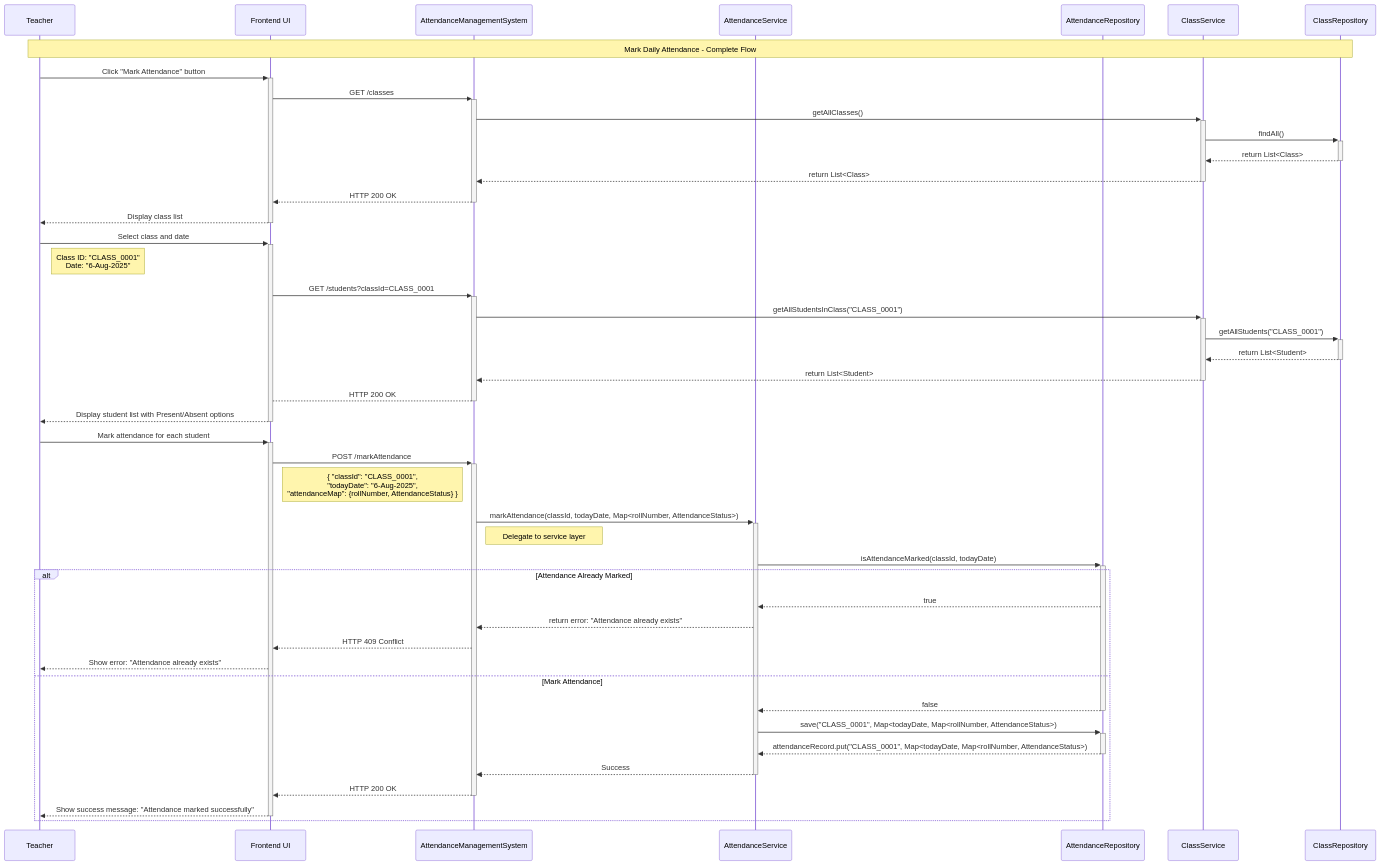
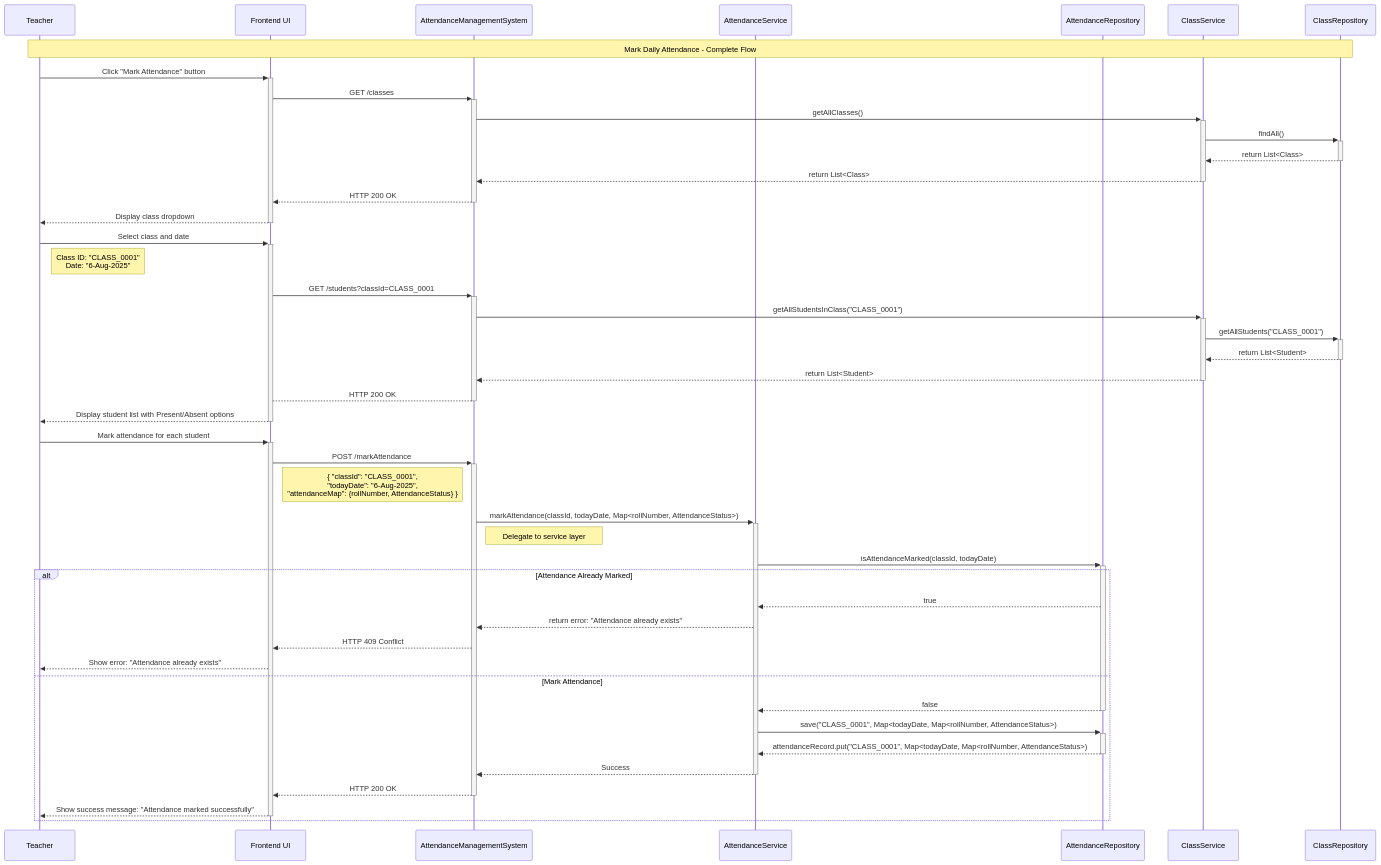
The third of 4 diagrams in Backend Engineering/Case Studies/Case Study 1. Attendance Management System/2. Sequence Flow.md (NishchayAnand/software-engineering), drawn with Mermaid before and after one commit. The commit also changed other lines of this file, not shown here.

Commit message:
done understanding sequence flow of every use case of attendance management system

````diff
--- a/Backend Engineering/Case Studies/Case Study 1. Attendance Management System/2. Sequence Flow.md
+++ b/Backend Engineering/Case Studies/Case Study 1. Attendance Management System/2. Sequence Flow.md
@@ -141,52 +141,52 @@
 ```mermaid
 sequenceDiagram
 	participant T as Teacher
 	participant UI as Frontend UI
 	participant AMS as AttendanceManagementSystem
 	participant AS as AttendanceService
 	participant AR as AttendanceRepository
 	participant CS as ClassService
 	participant CR as ClassRepository
 
 	Note over T, CR: Mark Daily Attendance - Complete Flow
 
 	T->>+UI: Click "Mark Attendance" button
 	UI->>+AMS: GET /classes
 	AMS->>+CS: getAllClasses()
 	CS->>+CR: findAll()
 	CR-->>-CS: return List<Class>
 	CS-->>-AMS: return List<Class>
 	AMS-->>-UI: HTTP 200 OK
-	UI-->>-T: Display class list
+	UI-->>-T: Display class dropdown
 
 	T->>+UI: Select class and date
 	Note right of T: Class ID: "CLASS_0001" <br/> Date: "6-Aug-2025"
 	UI->>+AMS: GET /students?classId=CLASS_0001
 	AMS->>+CS: getAllStudentsInClass("CLASS_0001")
 	CS->>+CR: getAllStudents("CLASS_0001")
 	CR-->>-CS: return List<Student>
 	CS-->>-AMS: return List<Student>
 	AMS-->-UI: HTTP 200 OK
 	UI-->>-T: Display student list with Present/Absent options
 
 	T->>+UI: Mark attendance for each student
 	UI->>+AMS: POST /markAttendance
 	Note right of UI: { "classId": "CLASS_0001", <br/> "todayDate": "6-Aug-2025", <br/> "attendanceMap": {rollNumber, AttendanceStatus} }
 	AMS->>+AS: markAttendance(classId, todayDate, Map<rollNumber, AttendanceStatus>)
 	Note right of AMS: Delegate to service layer
 
 	AS->>+AR: isAttendanceMarked(classId, todayDate)
 	alt Attendance Already Marked
 		AR-->>AS: true
         AS-->>AMS: return error: "Attendance already exists"
         AMS-->>UI: HTTP 409 Conflict
         UI-->>T: Show error: "Attendance already exists"
     else Mark Attendance
         AR-->>-AS: false
         AS->>+AR: save("CLASS_0001", Map<todayDate, Map<rollNumber, AttendanceStatus>)
         AR-->>-AS: attendanceRecord.put("CLASS_0001", Map<todayDate, Map<rollNumber, AttendanceStatus>)
         AS-->>-AMS: Success
         AMS-->>-UI: HTTP 200 OK
         UI-->>-T: Show success message: "Attendance marked successfully"
     end
 ```
````
